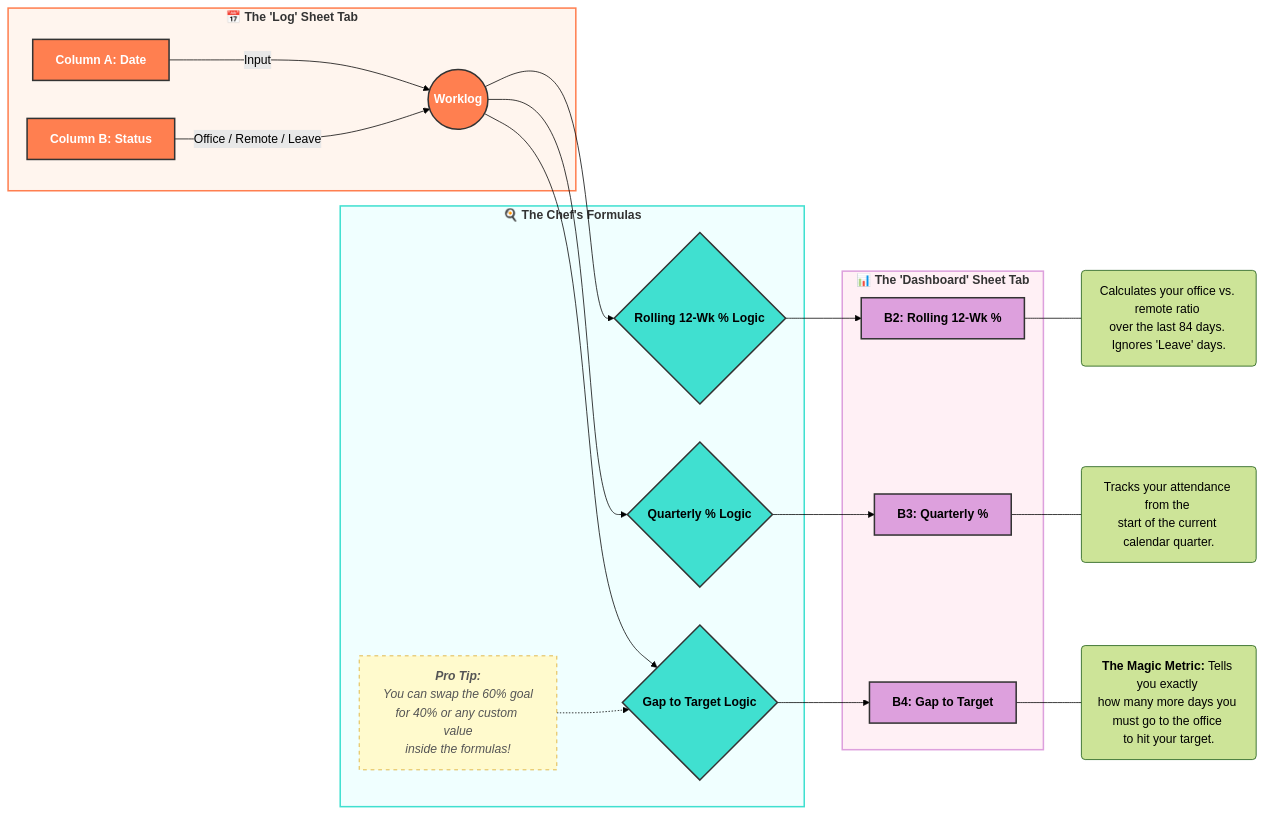
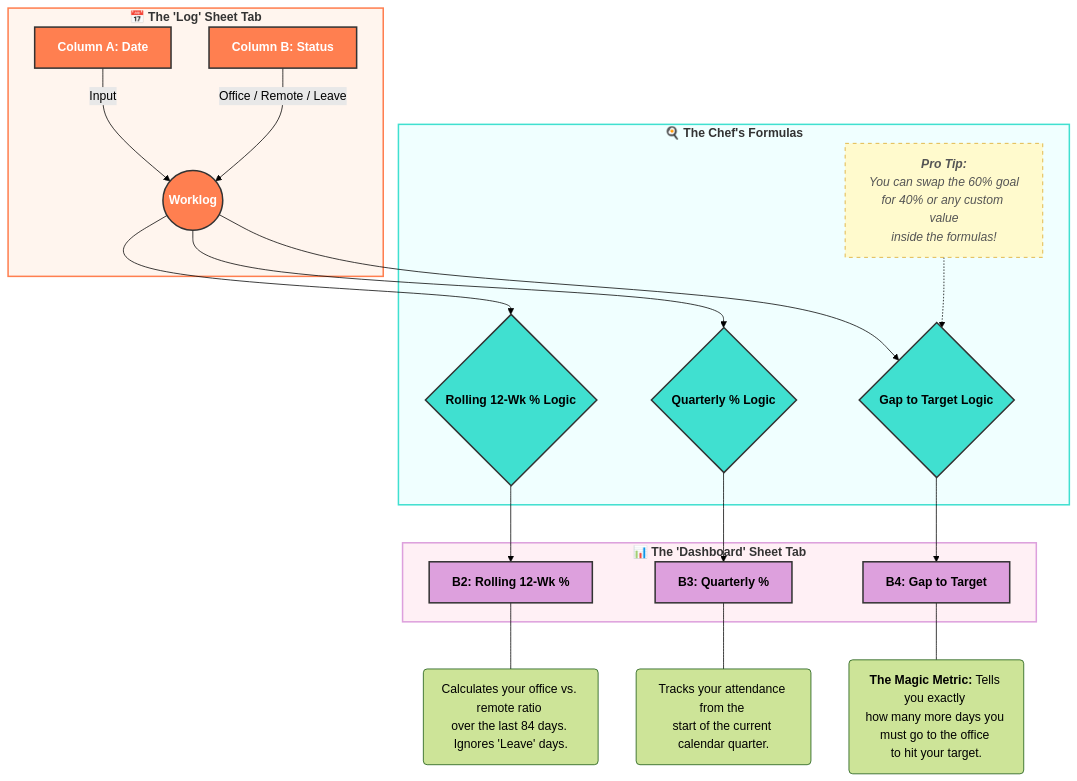
The diagram in sheets-explanation.md (sparsh2706/office-work-log-tracker-iOS), drawn with Mermaid (forest theme) before and after one commit. The commit also changed other lines of this file, not shown here.

````diff
--- a/sheets-explanation.md
+++ b/sheets-explanation.md
@@ -5,38 +5,38 @@
 ```mermaid
-graph LR
+graph TD
     %% Global Styling
     classDef input fill:#FF7F50,stroke:#333,stroke-width:2px,color:#fff,font-weight:bold;
     classDef logic fill:#40E0D0,stroke:#333,stroke-width:2px,font-weight:bold;
     classDef dash fill:#DDA0DD,stroke:#333,stroke-width:2px,font-weight:bold;
     classDef note fill:#FFFACD,stroke:#DAA520,stroke-dasharray: 5 5,color:#555,font-style:italic;
 
     subgraph Tab1 [<b>📅 The 'Log' Sheet Tab</b>]
         A1[Column A: Date]:::input -->|Input| Worklog((Worklog)):::input
         B1[Column B: Status]:::input -->|Office / Remote / Leave| Worklog
     end
 
     subgraph Logic [<b>🍳 The Chef's Formulas</b>]
         Worklog --> B2F{Rolling 12-Wk % Logic}:::logic
         Worklog --> B3F{Quarterly % Logic}:::logic
         Worklog --> B4F{Gap to Target Logic}:::logic
         
         Config[<b>Pro Tip:</b><br/>You can swap the 60% goal<br/>for 40% or any custom value<br/>inside the formulas!]:::note
         Config -.-> B4F
     end
 
     subgraph Tab2 [<b>📊 The 'Dashboard' Sheet Tab</b>]
         B2F --> Metric1[B2: Rolling 12-Wk %]:::dash
         B3F --> Metric2[B3: Quarterly %]:::dash
         B4F --> Metric3[B4: Gap to Target]:::dash
     end
 
     %% Metric Explanations
     Metric1 --- M1Desc(Calculates your office vs. remote ratio <br/>over the last 84 days. Ignores 'Leave' days.)
     Metric2 --- M2Desc(Tracks your attendance from the <br/>start of the current calendar quarter.)
     Metric3 --- M3Desc(<b>The Magic Metric:</b> Tells you exactly <br/>how many more days you must go to the office <br/>to hit your target.)
 
     %% Applying styles to subgraphs
     style Tab1 fill:#FFF5EE,stroke:#FF7F50,stroke-width:2px
     style Logic fill:#F0FFFF,stroke:#40E0D0,stroke-width:2px
     style Tab2 fill:#FFF0F5,stroke:#DDA0DD,stroke-width:2px
 ```
````
